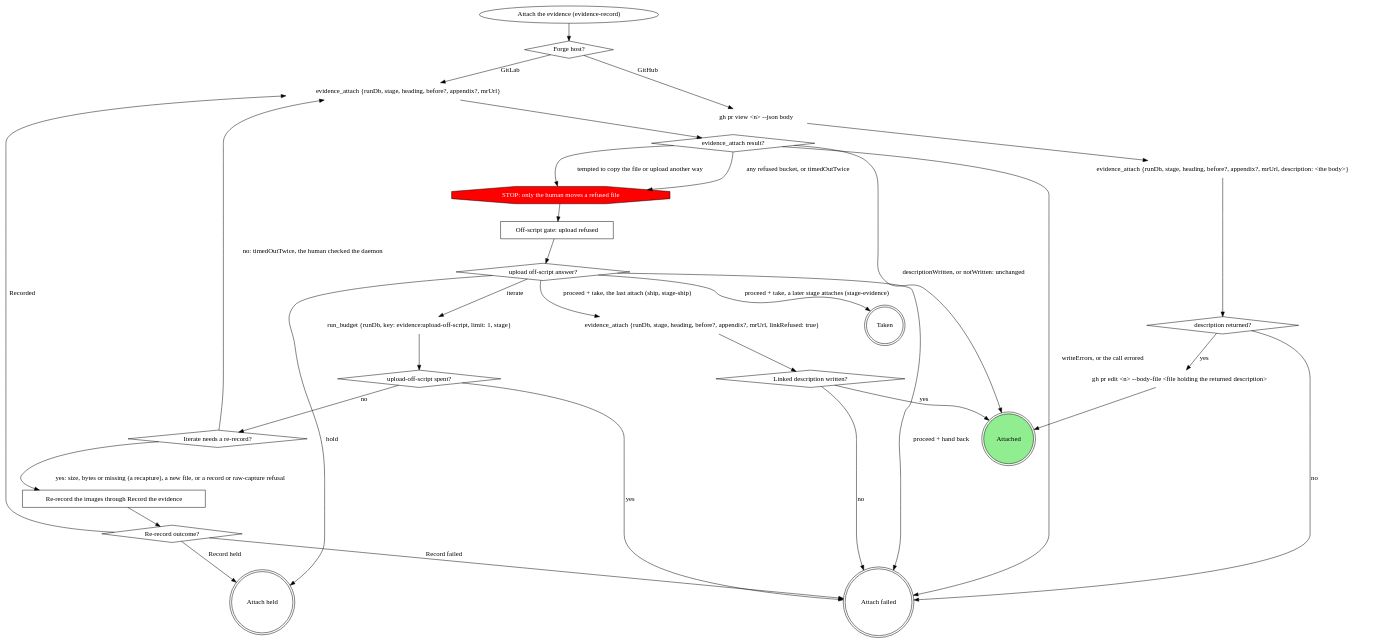
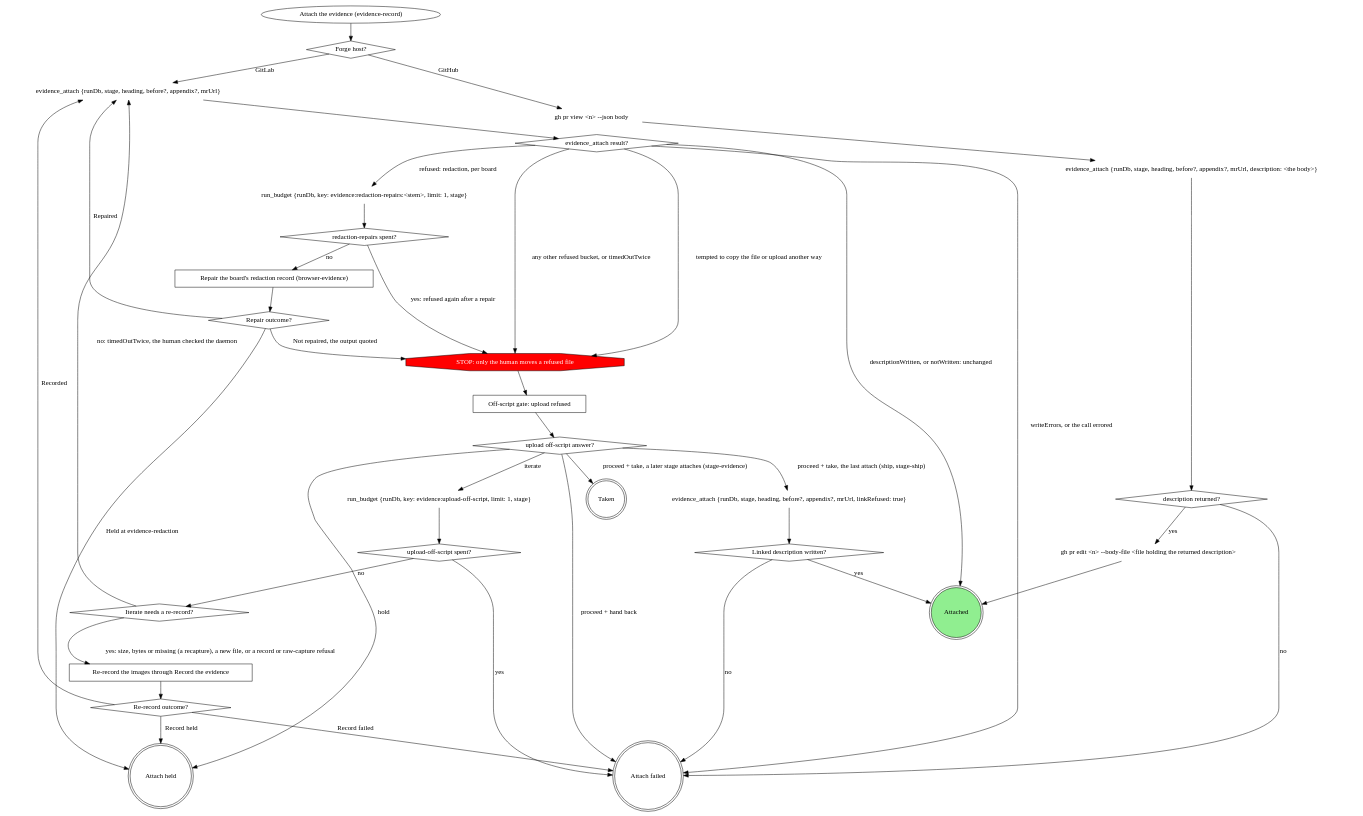
One commit to m4ttstack/mattstack changed the third of 3 diagrams in plugins/mattstack/attachments/evidence-record/SKILL.md. Above: the diagram before and after it, drawn with Graphviz. The commit also changed other lines of this file and 53 other files, not shown here.

First line of the commit message:
composed evidence M4: browser evidence as one mattstack capability

````diff
--- a/plugins/mattstack/attachments/evidence-record/SKILL.md
+++ b/plugins/mattstack/attachments/evidence-record/SKILL.md
@@ -163,56 +176,68 @@
 ```dot
 digraph attach_evidence {
     attach_evidence [label="Attach the evidence (evidence-record)" shape=ellipse];
     forge_host [label="Forge host?" shape=diamond];
     evidence_attach [label="evidence_attach {runDb, stage, heading, before?, appendix?, mrUrl}" shape=plaintext];
     attach_result [label="evidence_attach result?" shape=diamond];
     stop_move_refused_file [label="STOP: only the human moves a refused file" shape=octagon style=filled fillcolor=red fontcolor=white];
     gate_upload_refused [label="Off-script gate: upload refused" shape=box];
     upload_answer [label="upload off-script answer?" shape=diamond];
     evidence_attach_link [label="evidence_attach {runDb, stage, heading, before?, appendix?, mrUrl, linkRefused: true}" shape=plaintext];
     link_written [label="Linked description written?" shape=diamond];
     run_budget_upload [label="run_budget {runDb, key: evidence:upload-off-script, limit: 1, stage}" shape=plaintext];
     upload_off_script_spent [label="upload-off-script spent?" shape=diamond];
     needs_rerecord [label="Iterate needs a re-record?" shape=diamond];
     rerecord_images [label="Re-record the images through Record the evidence" shape=box];
     rerecord_outcome [label="Re-record outcome?" shape=diamond];
+    run_budget_repair [label="run_budget {runDb, key: evidence:redaction-repairs:<stem>, limit: 1, stage}" shape=plaintext];
+    repairs_spent [label="redaction-repairs spent?" shape=diamond];
+    repair_board [label="Repair the board's redaction record (browser-evidence)" shape=box];
+    repair_outcome [label="Repair outcome?" shape=diamond];
     gh_pr_view [label="gh pr view <n> --json body" shape=plaintext];
     evidence_attach_body [label="evidence_attach {runDb, stage, heading, before?, appendix?, mrUrl, description: <the body>}" shape=plaintext];
     description_returned [label="description returned?" shape=diamond];
     gh_pr_edit [label="gh pr edit <n> --body-file <file holding the returned description>" shape=plaintext];
     attached [label="Attached" shape=doublecircle style=filled fillcolor=lightgreen];
     taken [label="Taken" shape=doublecircle];
     attach_held [label="Attach held" shape=doublecircle];
     attach_failed [label="Attach failed" shape=doublecircle];
 
     attach_evidence -> forge_host;
     forge_host -> evidence_attach [label="GitLab"];
     forge_host -> gh_pr_view [label="GitHub"];
     evidence_attach -> attach_result;
     attach_result -> attached [label="descriptionWritten, or notWritten: unchanged"];
-    attach_result -> stop_move_refused_file [label="any refused bucket, or timedOutTwice"];
+    attach_result -> run_budget_repair [label="refused: redaction, per board"];
+    attach_result -> stop_move_refused_file [label="any other refused bucket, or timedOutTwice"];
+    run_budget_repair -> repairs_spent;
+    repairs_spent -> repair_board [label="no"];
+    repairs_spent -> stop_move_refused_file [label="yes: refused again after a repair"];
+    repair_board -> repair_outcome;
+    repair_outcome -> evidence_attach [label="Repaired"];
+    repair_outcome -> attach_held [label="Held at evidence-redaction"];
+    repair_outcome -> stop_move_refused_file [label="Not repaired, the output quoted"];
     attach_result -> stop_move_refused_file [label="tempted to copy the file or upload another way"];
     attach_result -> attach_failed [label="writeErrors, or the call errored"];
     stop_move_refused_file -> gate_upload_refused -> upload_answer;
     upload_answer -> taken [label="proceed + take, a later stage attaches (stage-evidence)"];
     upload_answer -> evidence_attach_link [label="proceed + take, the last attach (ship, stage-ship)"];
     upload_answer -> attach_failed [label="proceed + hand back"];
     upload_answer -> run_budget_upload [label="iterate"];
     upload_answer -> attach_held [label="hold"];
     evidence_attach_link -> link_written;
     run_budget_upload -> upload_off_script_spent;
     upload_off_script_spent -> needs_rerecord [label="no"];
     needs_rerecord -> rerecord_images [label="yes: size, bytes or missing (a recapture), a new file, or a record or raw-capture refusal"];
     needs_rerecord -> evidence_attach [label="no: timedOutTwice, the human checked the daemon"];
     rerecord_images -> rerecord_outcome;
     rerecord_outcome -> evidence_attach [label="Recorded"];
     rerecord_outcome -> attach_held [label="Record held"];
     rerecord_outcome -> attach_failed [label="Record failed"];
     gh_pr_view -> evidence_attach_body -> description_returned;
     description_returned -> gh_pr_edit [label="yes"];
     gh_pr_edit -> attached;
     link_written -> attached [label="yes"];
     {link_written description_returned} -> attach_failed [label="no"];
     upload_off_script_spent -> attach_failed [label="yes"];
 }
 ```
````
